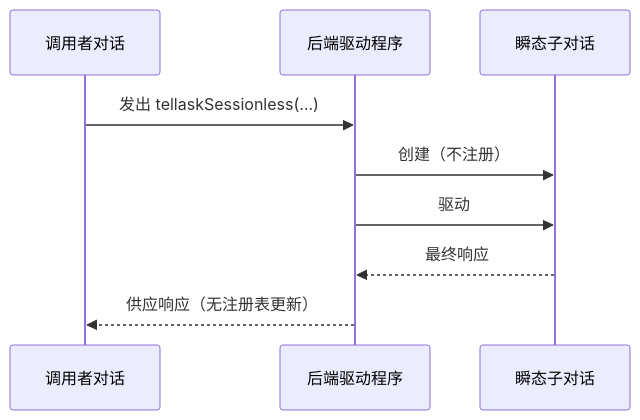
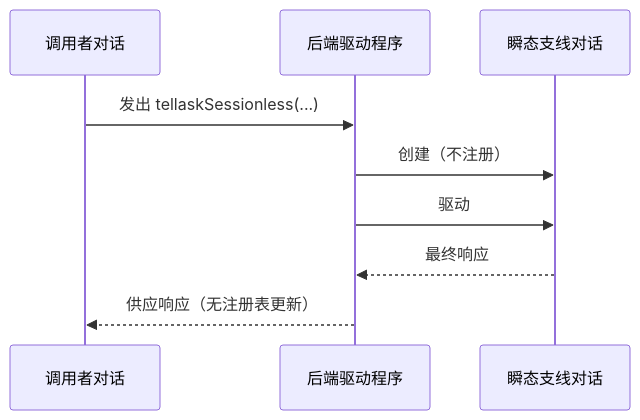
Before and after one commit to longrun-ai/dominds: diagram 13 of 19 in docs/dialog-system.zh.md, drawn with Mermaid. The commit also changed other lines of this file and 195 other files, not shown here.

````diff
--- a/docs/dialog-system.zh.md
+++ b/docs/dialog-system.zh.md
@@ -1286,12 +1286,12 @@
 ```mermaid
 sequenceDiagram
   participant Caller as 调用者对话
   participant Driver as 后端驱动程序
-  participant Sub as 瞬态子对话
+  participant Side as 瞬态支线对话
 
   Caller->>Driver: 发出 tellaskSessionless(...)
-  Driver->>Sub: 创建（不注册）
-  Driver->>Sub: 驱动
-  Sub-->>Driver: 最终响应
+  Driver->>Side: 创建（不注册）
+  Driver->>Side: 驱动
+  Side-->>Driver: 最终响应
   Driver-->>Caller: 供应响应（无注册表更新）
 ```
````
